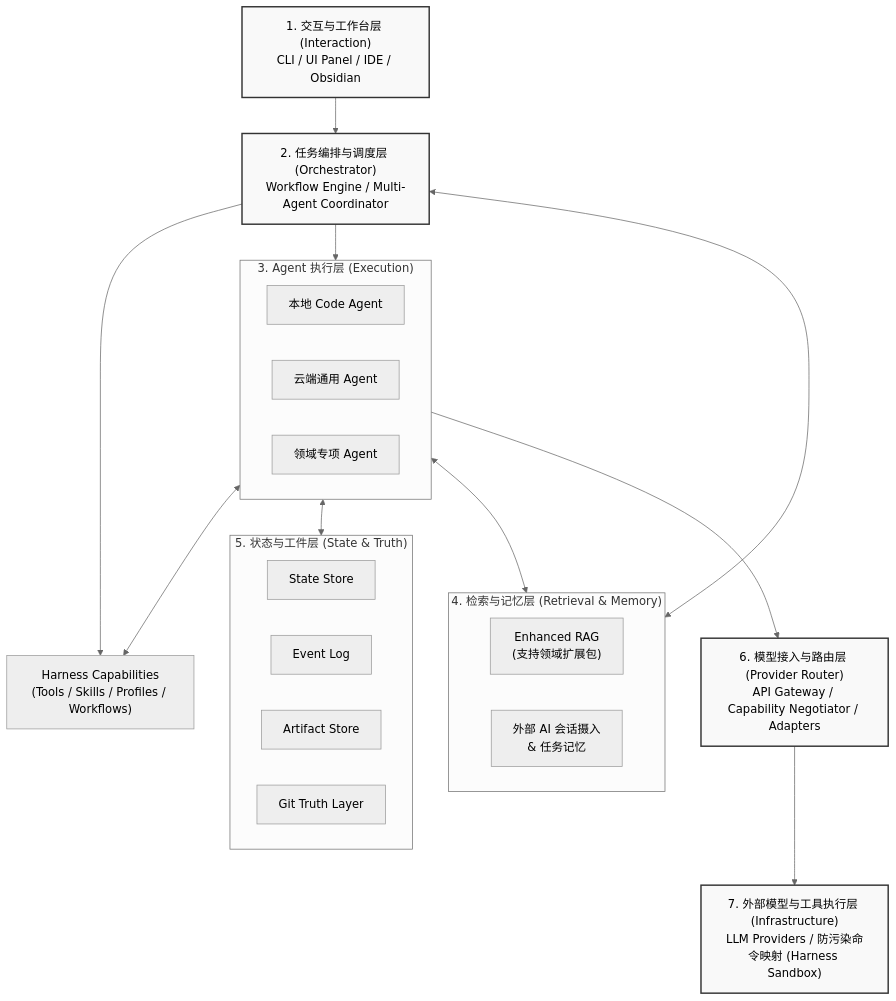
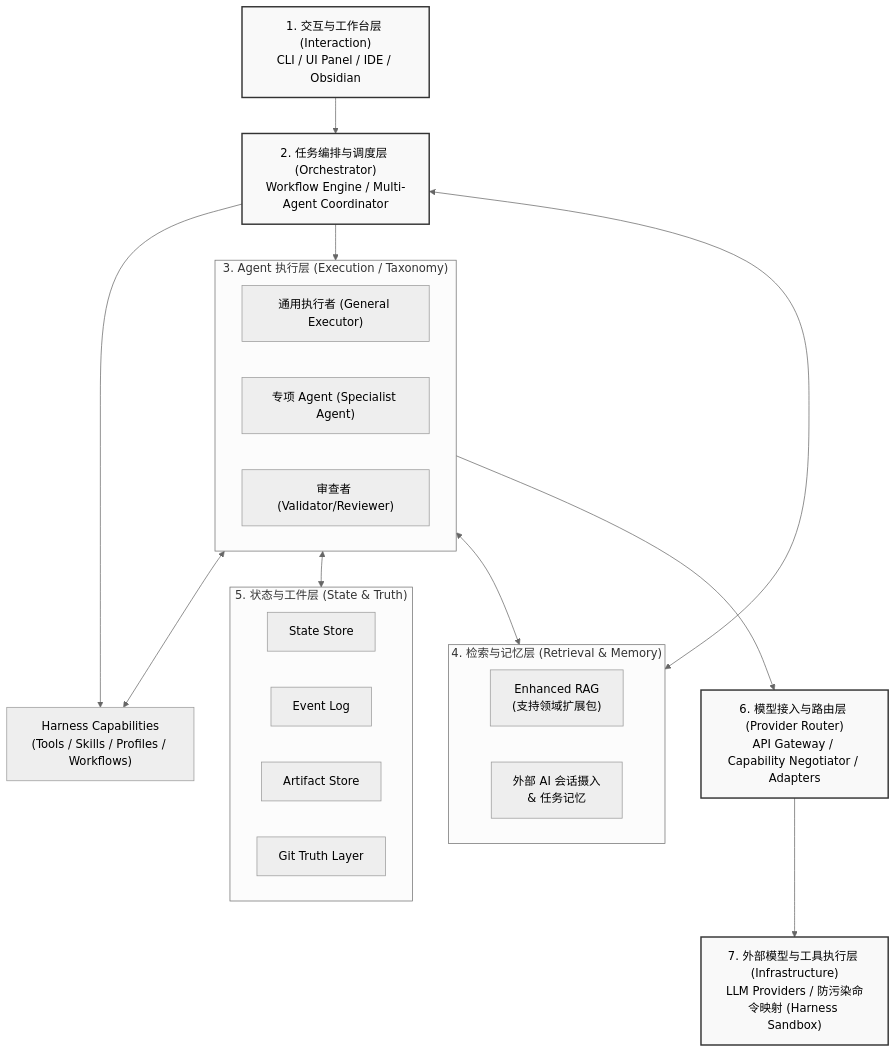
The diagram in ARCHITECTURE.md (RocioGinsberg/swallow), drawn with Mermaid (neutral theme) before and after one commit. The commit also changed other lines of this file and 5 other files, not shown here.

Commit message:
docs(agent): add agent taxonomy design and refine the framework

````diff
--- a/ARCHITECTURE.md
+++ b/ARCHITECTURE.md
@@ -25,54 +25,54 @@
 ```mermaid
 graph TD
     %% 交互层
     UI["1. 交互与工作台层 (Interaction)<br/>CLI / UI Panel / IDE / Obsidian"]
 
     %% 编排层
     Orch["2. 任务编排与调度层 (Orchestrator)<br/>Workflow Engine / Multi-Agent Coordinator"]
 
     %% Agent层
-    subgraph AgentLayer ["3. Agent 执行层 (Execution)"]
+    subgraph AgentLayer ["3. Agent 执行层 (Execution / Taxonomy)"]
         direction LR
-        CodeAgent["本地 Code Agent"]
-        GeneralAgent["云端通用 Agent"]
-        SpecialAgent["领域专项 Agent"]
+        General["通用执行者 (General Executor)"]
+        Specialist["专项 Agent (Specialist Agent)"]
+        Validator["审查者 (Validator/Reviewer)"]
     end
 
     %% 检索与记忆层
     subgraph MemoryLayer ["4. 检索与记忆层 (Retrieval & Memory)"]
         direction LR
         RAG["Enhanced RAG <br/>(支持领域扩展包)"]
         TaskMemory["外部 AI 会话摄入 <br/>& 任务记忆"]
     end
 
     %% 状态与工件层
     subgraph TruthLayer ["5. 状态与工件层 (State & Truth)"]
         direction LR
         State["State Store"]
         Event["Event Log"]
         Artifact["Artifact Store"]
         Git["Git Truth Layer"]
     end
 
     %% 路由层
     Router["6. 模型接入与路由层 (Provider Router)<br/>API Gateway / Capability Negotiator / Adapters"]
 
     %% 供应层
     Supply["7. 外部模型与工具执行层 (Infrastructure)<br/>LLM Providers / 防污染命令映射 (Harness Sandbox)"]
 
     %% 核心扩展层
     Harness["Harness Capabilities<br/>(Tools / Skills / Profiles / Workflows)"]
 
     UI --> Orch
     Orch --> AgentLayer
     Orch <--> MemoryLayer
     Orch --> Harness
     AgentLayer <--> Harness
     AgentLayer <--> TruthLayer
     AgentLayer <--> MemoryLayer
     AgentLayer --> Router
     Router --> Supply
 
     classDef core fill:#f9f9f9,stroke:#333,stroke-width:2px;
     class UI,Orch,Router,Supply core;
 ```
````
